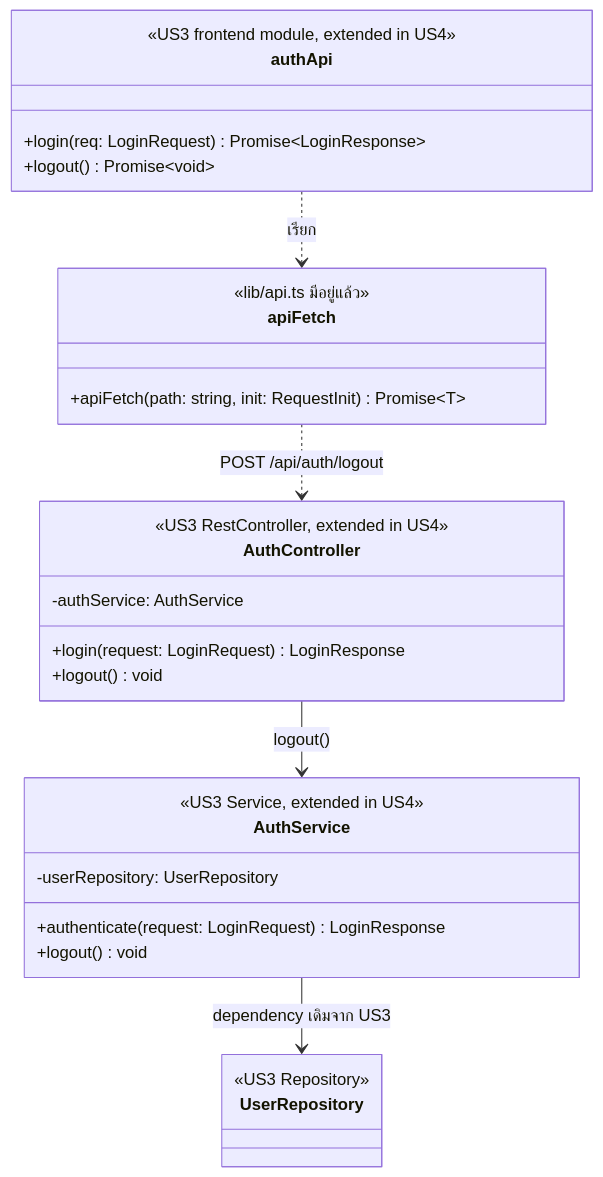
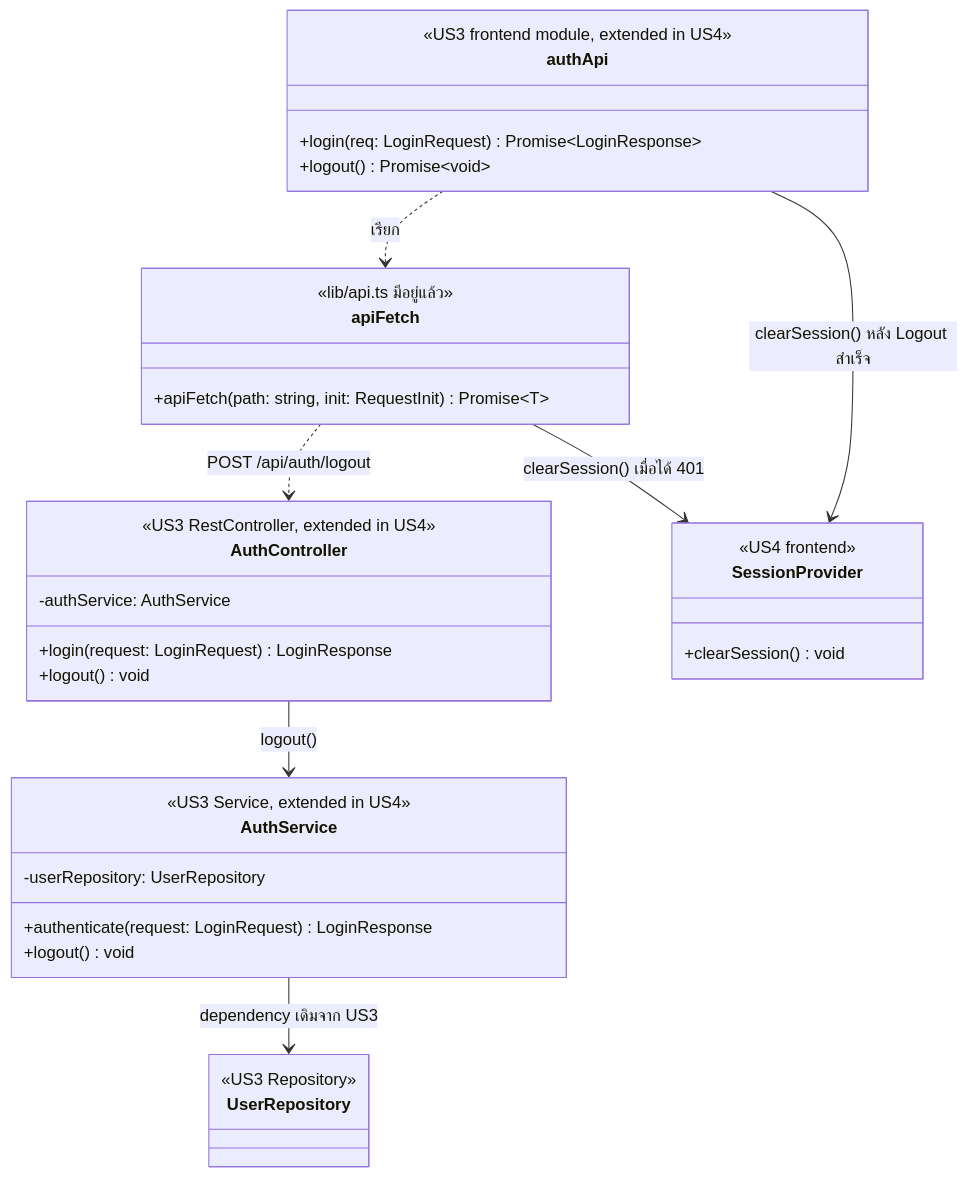
The diagram in .doc/US4/T06/US4-T06-Extended-API-Class-Diagram.md (Non-Sin/CS261-G3-MockTimetableTU), drawn with Mermaid before and after one commit. The commit also changed other lines of this file, not shown here.

Commit message:
docs(US4-T06): align inactivity timeout note in extended API diagram

````diff
--- a/.doc/US4/T06/US4-T06-Extended-API-Class-Diagram.md
+++ b/.doc/US4/T06/US4-T06-Extended-API-Class-Diagram.md
@@ -5,38 +7,45 @@
 ```mermaid
 classDiagram
     direction TB
 
     class AuthController {
         <<US3 RestController, extended in US4>>
         -authService: AuthService
         +login(request: LoginRequest) LoginResponse
         +logout() void
     }
 
     class AuthService {
         <<US3 Service, extended in US4>>
         -userRepository: UserRepository
         +authenticate(request: LoginRequest) LoginResponse
         +logout() void
     }
 
     class UserRepository {
         <<US3 Repository>>
     }
 
     class authApi {
         <<US3 frontend module, extended in US4>>
         +login(req: LoginRequest) Promise~LoginResponse~
         +logout() Promise~void~
     }
 
     class apiFetch {
         <<lib/api.ts มีอยู่แล้ว>>
         +apiFetch(path: string, init: RequestInit) Promise~T~
     }
 
+    class SessionProvider {
+        <<US4 frontend>>
+        +clearSession() void
+    }
+
     authApi ..> apiFetch : เรียก
     apiFetch ..> AuthController : POST /api/auth/logout
     AuthController --> AuthService : logout()
     AuthService --> UserRepository : dependency เดิมจาก US3
+    authApi --> SessionProvider : clearSession() หลัง Logout สำเร็จ
+    apiFetch --> SessionProvider : clearSession() เมื่อได้ 401
 ```
````
